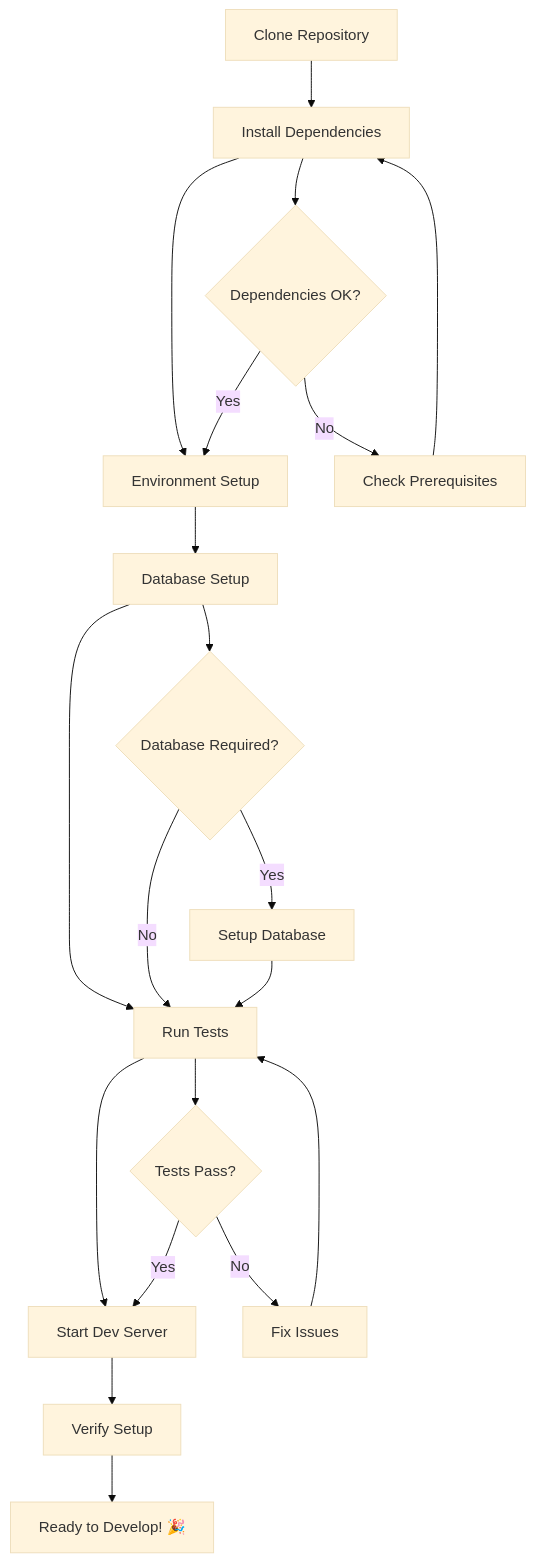
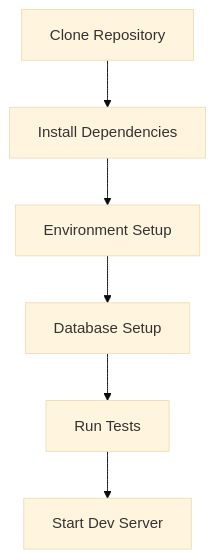
Before and after one commit to mgiovani/cc-arsenal: the diagram in skills/docs-init/assets/templates/onboarding.md, drawn with Mermaid (base theme). The commit also changed other lines of this file and 327 other files, not shown here.

````diff
--- a/skills/docs-init/assets/templates/onboarding.md
+++ b/skills/docs-init/assets/templates/onboarding.md
@@ -26,26 +16,8 @@
 ```mermaid
 flowchart TD
     A[Clone Repository] --> B[Install Dependencies]
     B --> C[Environment Setup]
     C --> D[Database Setup]
     D --> E[Run Tests]
     E --> F[Start Dev Server]
-    F --> G[Verify Setup]
-
-    B --> B1{Dependencies OK?}
-    B1 -->|No| B2[Check Prerequisites]
-    B2 --> B
-    B1 -->|Yes| C
-
-    D --> D1{Database Required?}
-    D1 -->|No| E
-    D1 -->|Yes| D2[Setup Database]
-    D2 --> E
-
-    E --> E1{Tests Pass?}
-    E1 -->|No| E2[Fix Issues]
-    E2 --> E
-    E1 -->|Yes| F
-
-    G --> H[Ready to Develop! 🎉]
 ```
````
